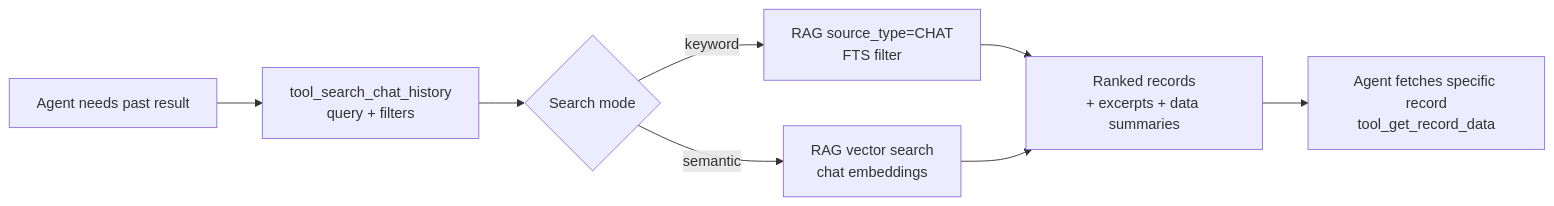
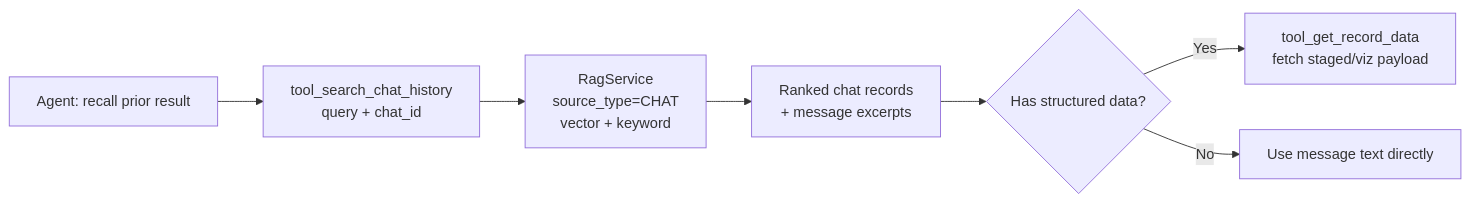
The second of 5 diagrams in memory-gap-analysis.md (wiedersehne/Ida-arch), drawn with Mermaid before and after one commit. The commit also changed other lines of this file, not shown here.

````diff
--- a/memory-gap-analysis.md
+++ b/memory-gap-analysis.md
@@ -84,10 +108,9 @@
 ```mermaid
 flowchart LR
-    A[Agent needs past result] --> B[tool_search_chat_history\nquery + filters]
-    B --> C{Search mode}
-    C -->|keyword| D[RAG source_type=CHAT\nFTS filter]
-    C -->|semantic| E[RAG vector search\nchat embeddings]
-    D --> F[Ranked records\n+ excerpts + data summaries]
-    E --> F
-    F --> G[Agent fetches specific record\ntool_get_record_data]
+    A[Agent: recall prior result] --> B[tool_search_chat_history\nquery + chat_id]
+    B --> C[RagService\nsource_type=CHAT\nvector + keyword]
+    C --> D[Ranked chat records\n+ message excerpts]
+    D --> E{Has structured data?}
+    E -->|Yes| F[tool_get_record_data\nfetch staged/viz payload]
+    E -->|No| G[Use message text directly]
 ```
````
